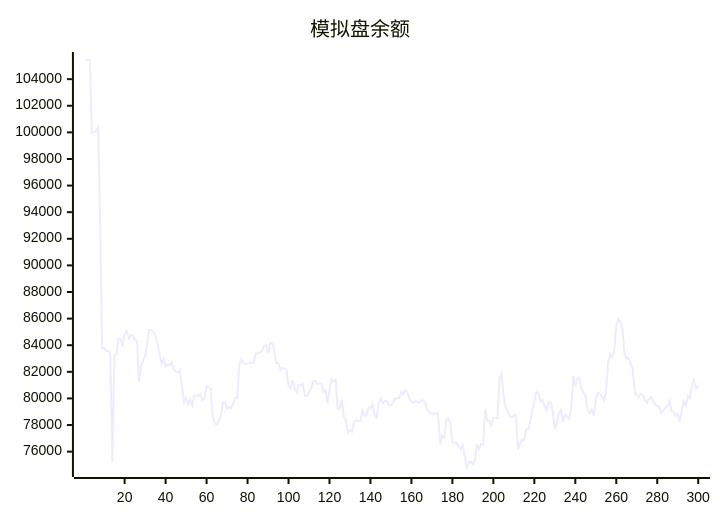
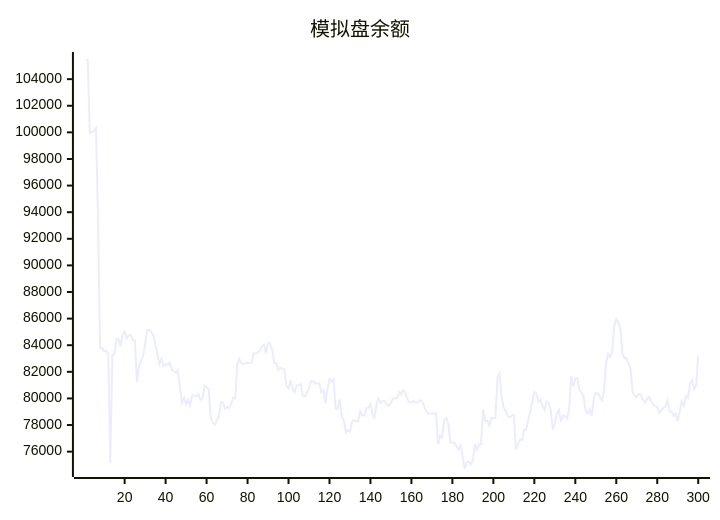
The diagram in README.md (aahl/ai-trading), drawn with Mermaid before and after one commit. The commit also changed other lines of this file and 1 other file, not shown here.

````diff
--- a/README.md
+++ b/README.md
@@ -5,5 +5,5 @@
 ```mermaid
 xychart
     title "模拟盘余额"
-    line [105431,105431,105440,99950,100017,100113,100337,93749,83795,83807,83567,83567,83342,75168,83222,83336,84448,84449,83896,84839,85065,84499,84757,84757,84364,84347,81254,82385,82835,83184,84099,85150,85150,85002,84751,84096,83356,82582,82983,82404,82572,82512,82688,82200,82047,81920,82125,80840,79688,80060,79552,79920,79470,80236,80208,80170,80336,79894,80006,80954,80837,80712,78561,78139,78037,78293,78682,79720,79720,79214,79372,79279,79591,80046,79993,82625,82950,82626,82571,82633,82670,82670,82681,83386,83378,83464,83579,83920,84037,83402,84160,84142,83652,82655,82655,82145,82315,82243,82163,80934,80770,81371,80742,80468,80989,80989,81067,80191,80155,80450,80737,81309,81309,81106,81119,81119,80471,80631,79624,80670,81448,81290,81429,79212,79222,79940,78643,78380,77432,77623,77504,78235,78358,78284,78277,79048,78714,78714,79290,79308,79567,78763,78563,79603,79988,79652,79813,79813,79476,79469,79673,79995,80015,80015,80486,80314,80600,80436,79966,79689,79689,79819,79692,79692,79850,79850,79518,79071,78889,78850,78850,78878,78878,76554,77202,77103,78357,78510,78106,76678,76677,76672,76411,76159,76485,75656,74695,75197,75246,75052,75334,76564,76179,76553,76551,79196,78300,78300,77944,78531,78531,78521,81564,81884,80160,79335,79055,78675,78580,78708,78764,76179,76586,76902,76876,77658,77669,78346,79023,79769,80497,80366,79761,79896,79448,79126,79749,79658,79097,77695,78114,78888,79126,78249,78738,78653,78478,79271,81680,80923,81488,81527,80681,80455,80190,79084,78879,79193,78686,79954,80403,80374,80118,79848,80491,82665,83351,83098,83525,85430,85983,85737,85221,83378,83014,83043,82613,82216,80477,80208,80081,80348,80277,79894,79670,79965,80093,79786,79542,79406,79371,78893,79087,79304,79406,79841,79072,78978,78696,78846,78272,79085,79787,79442,80198,80031,81120,81379,80718,80985]
+    line [105431,105440,99950,100017,100113,100337,93749,83795,83807,83567,83567,83342,75168,83222,83336,84448,84449,83896,84839,85065,84499,84757,84757,84364,84347,81254,82385,82835,83184,84099,85150,85150,85002,84751,84096,83356,82582,82983,82404,82572,82512,82688,82200,82047,81920,82125,80840,79688,80060,79552,79920,79470,80236,80208,80170,80336,79894,80006,80954,80837,80712,78561,78139,78037,78293,78682,79720,79720,79214,79372,79279,79591,80046,79993,82625,82950,82626,82571,82633,82670,82670,82681,83386,83378,83464,83579,83920,84037,83402,84160,84142,83652,82655,82655,82145,82315,82243,82163,80934,80770,81371,80742,80468,80989,80989,81067,80191,80155,80450,80737,81309,81309,81106,81119,81119,80471,80631,79624,80670,81448,81290,81429,79212,79222,79940,78643,78380,77432,77623,77504,78235,78358,78284,78277,79048,78714,78714,79290,79308,79567,78763,78563,79603,79988,79652,79813,79813,79476,79469,79673,79995,80015,80015,80486,80314,80600,80436,79966,79689,79689,79819,79692,79692,79850,79850,79518,79071,78889,78850,78850,78878,78878,76554,77202,77103,78357,78510,78106,76678,76677,76672,76411,76159,76485,75656,74695,75197,75246,75052,75334,76564,76179,76553,76551,79196,78300,78300,77944,78531,78531,78521,81564,81884,80160,79335,79055,78675,78580,78708,78764,76179,76586,76902,76876,77658,77669,78346,79023,79769,80497,80366,79761,79896,79448,79126,79749,79658,79097,77695,78114,78888,79126,78249,78738,78653,78478,79271,81680,80923,81488,81527,80681,80455,80190,79084,78879,79193,78686,79954,80403,80374,80118,79848,80491,82665,83351,83098,83525,85430,85983,85737,85221,83378,83014,83043,82613,82216,80477,80208,80081,80348,80277,79894,79670,79965,80093,79786,79542,79406,79371,78893,79087,79304,79406,79841,79072,78978,78696,78846,78272,79085,79787,79442,80198,80031,81120,81379,80718,80985,83214]
 ```
````
